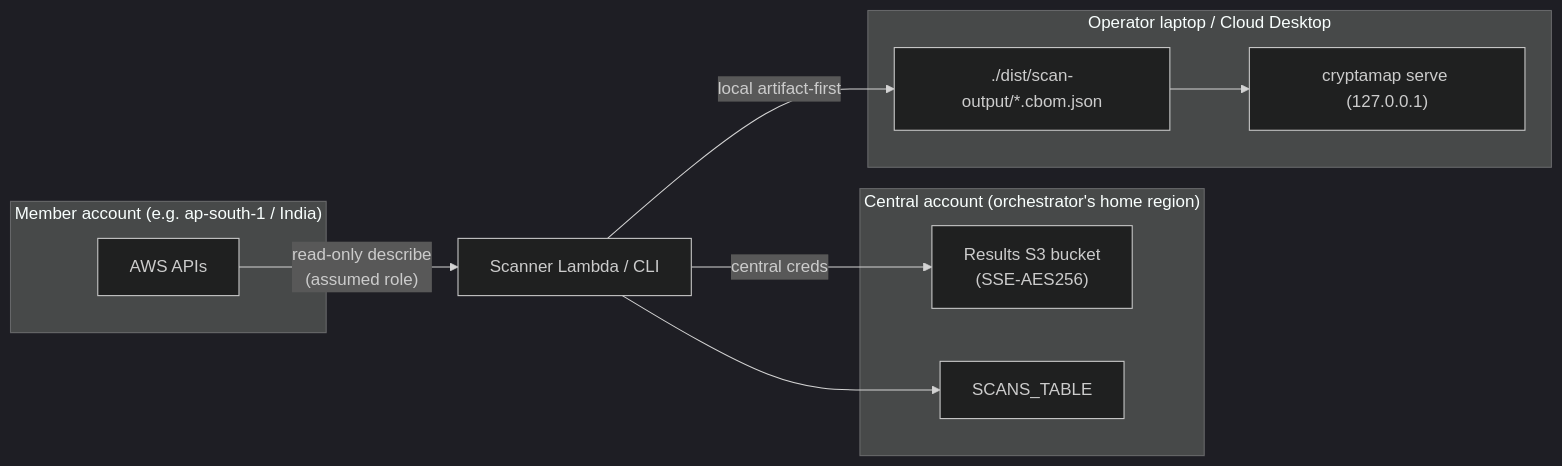
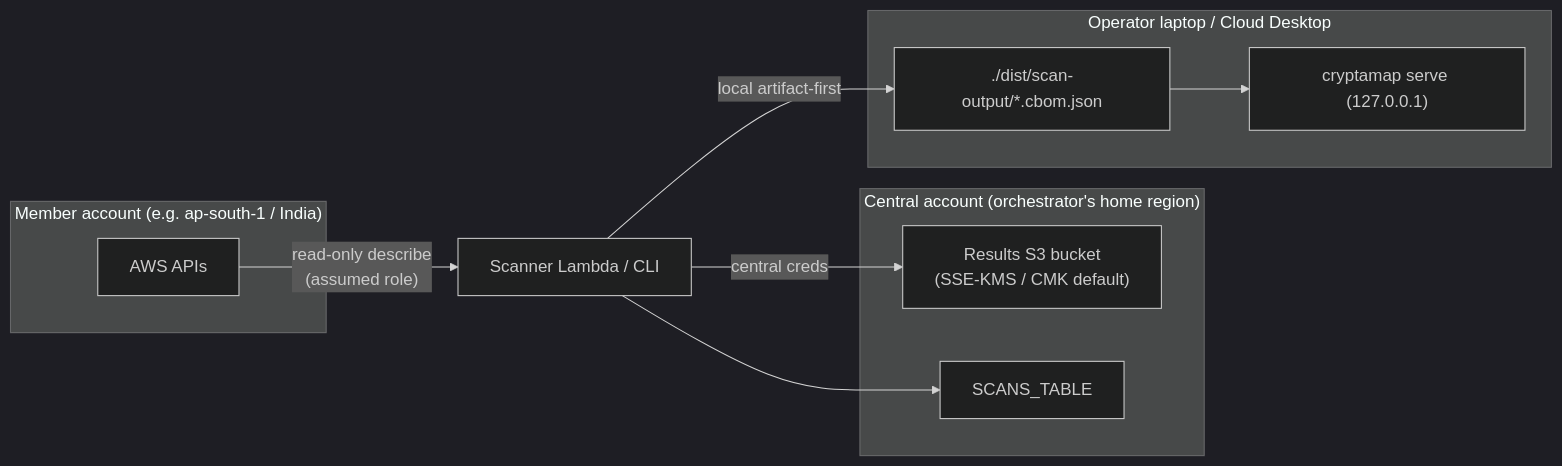
One commit to aws-samples/sample-CryptaMap changed the eighth of 8 diagrams in docs/sdlc/06-DATA-FLOW.md. Above: the diagram before and after it, drawn with Mermaid (dark theme). The commit also changed other lines of this file and 233 other files, not shown here.

````diff
--- a/docs/sdlc/06-DATA-FLOW.md
+++ b/docs/sdlc/06-DATA-FLOW.md
@@ -619,19 +692,19 @@
 ```mermaid
 flowchart LR
     subgraph member["Member account (e.g. ap-south-1 / India)"]
       APIs["AWS APIs"]
     end
     subgraph central["Central account (orchestrator's home region)"]
-      S3["Results S3 bucket<br/>(SSE-AES256)"]
+      S3["Results S3 bucket<br/>(SSE-KMS / CMK default)"]
       DDB["SCANS_TABLE"]
     end
     subgraph local["Operator laptop / Cloud Desktop"]
       DIST["./dist/scan-output/*.cbom.json"]
       SERVE["cryptamap serve (127.0.0.1)"]
     end
     APIs -->|"read-only describe<br/>(assumed role)"| ENG["Scanner Lambda / CLI"]
     ENG -->|"central creds"| S3
     ENG --> DDB
     ENG -->|"local artifact-first"| DIST
     DIST --> SERVE
 ```
````
